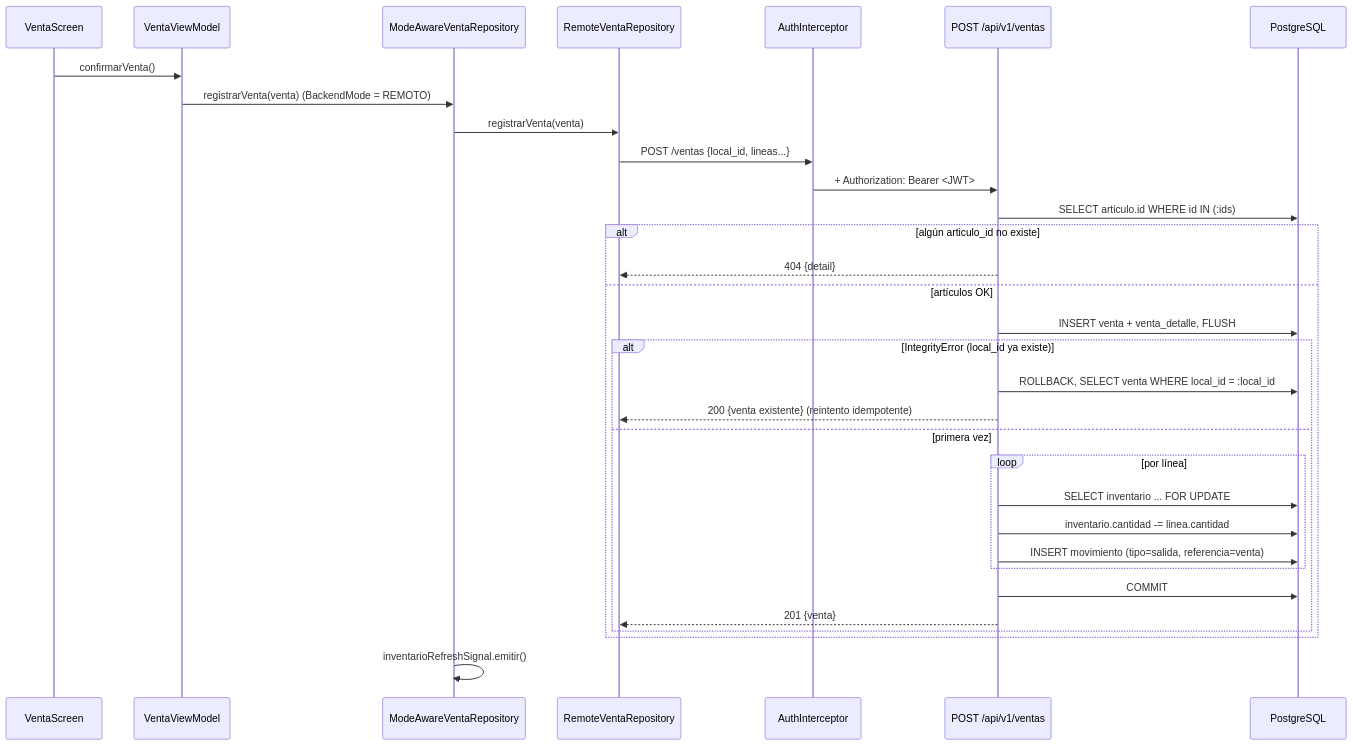
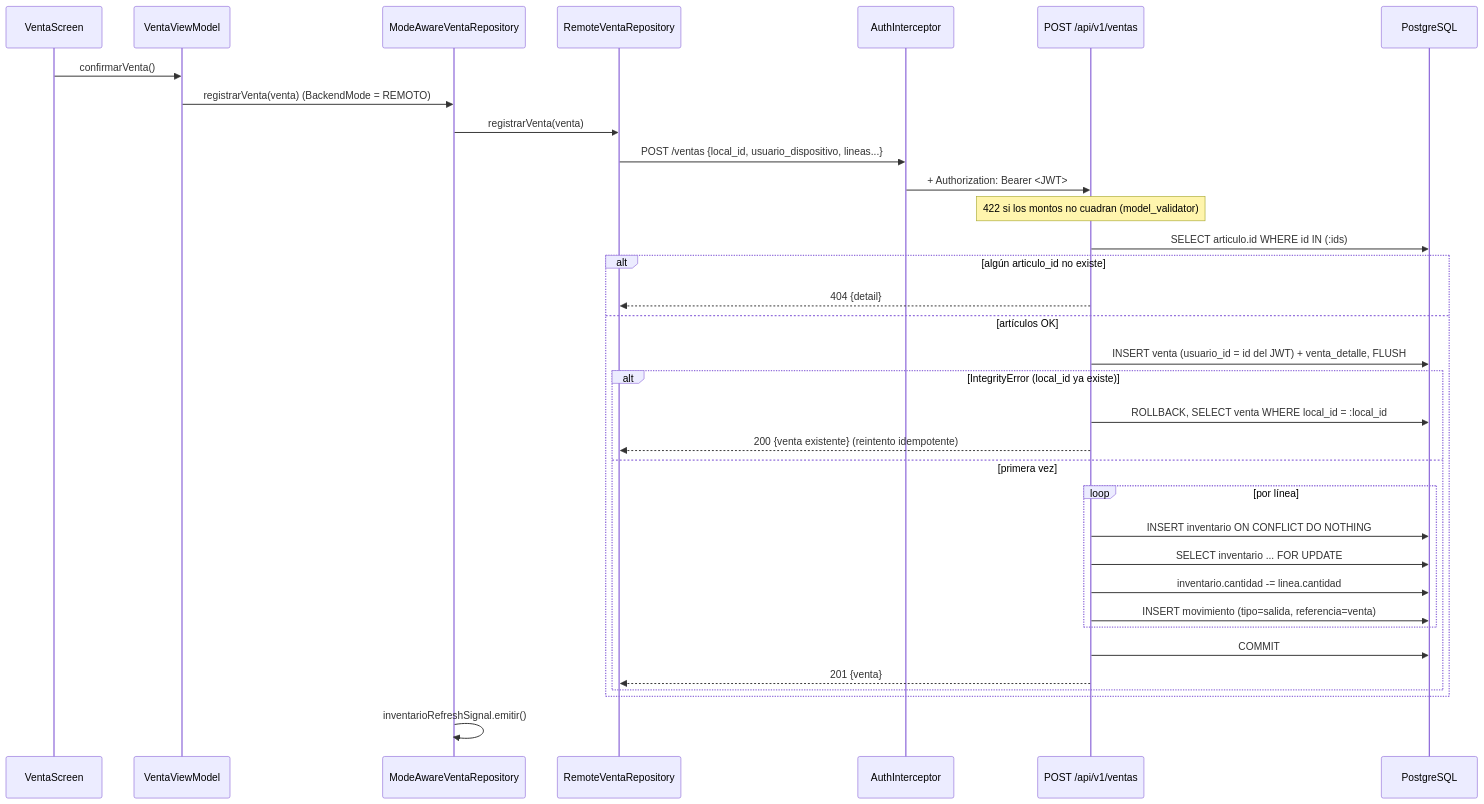
Before and after one commit to GermanALS/PDV: the ninth of 12 diagrams in docs/manual-tecnico.md, drawn with Mermaid. The commit also changed other lines of this file and 3 other files, not shown here.

````diff
--- a/docs/manual-tecnico.md
+++ b/docs/manual-tecnico.md
@@ -858,35 +900,37 @@
 ```mermaid
 sequenceDiagram
     participant VS as VentaScreen
     participant VVM as VentaViewModel
     participant MVR as ModeAwareVentaRepository
     participant RVR as RemoteVentaRepository
     participant AI as AuthInterceptor
     participant BE as POST /api/v1/ventas
     participant DB as PostgreSQL
 
     VS->>VVM: confirmarVenta()
     VVM->>MVR: registrarVenta(venta)   (BackendMode = REMOTO)
     MVR->>RVR: registrarVenta(venta)
-    RVR->>AI: POST /ventas {local_id, lineas...}
+    RVR->>AI: POST /ventas {local_id, usuario_dispositivo, lineas...}
     AI->>BE: + Authorization: Bearer <JWT>
+    Note over BE: 422 si los montos no cuadran (model_validator)
     BE->>DB: SELECT articulo.id WHERE id IN (:ids)
     alt algún articulo_id no existe
         BE-->>RVR: 404 {detail}
     else artículos OK
-        BE->>DB: INSERT venta + venta_detalle, FLUSH
+        BE->>DB: INSERT venta (usuario_id = id del JWT) + venta_detalle, FLUSH
         alt IntegrityError (local_id ya existe)
             BE->>DB: ROLLBACK, SELECT venta WHERE local_id = :local_id
             BE-->>RVR: 200 {venta existente}  (reintento idempotente)
         else primera vez
             loop por línea
+                BE->>DB: INSERT inventario ON CONFLICT DO NOTHING
                 BE->>DB: SELECT inventario ... FOR UPDATE
                 BE->>DB: inventario.cantidad -= linea.cantidad
                 BE->>DB: INSERT movimiento (tipo=salida, referencia=venta)
             end
             BE->>DB: COMMIT
             BE-->>RVR: 201 {venta}
         end
     end
     MVR->>MVR: inventarioRefreshSignal.emitir()
 ```
````
